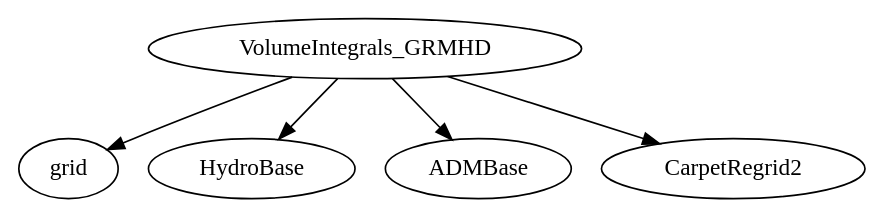
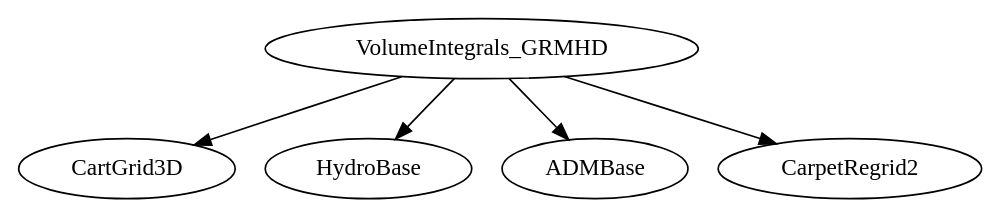
Before and after one commit to YuLiumt/Cactus: the fourth of 11 diagrams in note/Guide/AMR.rst, drawn with Graphviz. The commit also changed other lines of this file and 91 other files, not shown here.

```diff
--- a/note/Guide/AMR.rst
+++ b/note/Guide/AMR.rst
@@ -210,6 +246,6 @@
 .. digraph:: foo
 
-    "VolumeIntegrals_GRMHD" -> "grid";
+    "VolumeIntegrals_GRMHD" -> "CartGrid3D";
     "VolumeIntegrals_GRMHD" -> "HydroBase";
     "VolumeIntegrals_GRMHD" -> "ADMBase";
     "VolumeIntegrals_GRMHD" -> "CarpetRegrid2";
```
